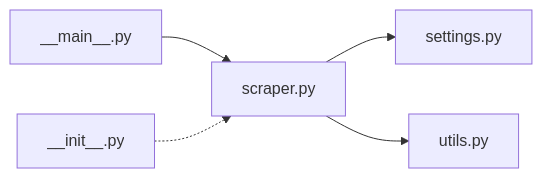
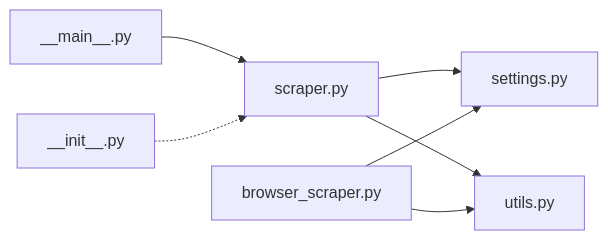
The ninth of 9 diagrams in .qoder/repowiki/en/content/Core Architecture/Scraping Engine.md (cr8ivecodesmith/pico-css-docs), drawn with Mermaid before and after one commit. The commit also changed other lines of this file and 5 other files, not shown here.

````diff
--- a/.qoder/repowiki/en/content/Core Architecture/Scraping Engine.md
+++ b/.qoder/repowiki/en/content/Core Architecture/Scraping Engine.md
@@ -393,7 +452,9 @@
 ```mermaid
 graph LR
 SCRAPER["scraper.py"] --> SETTINGS["settings.py"]
 SCRAPER --> UTILS["utils.py"]
+BROWSER_SCRAPER["browser_scraper.py"] --> SETTINGS
+BROWSER_SCRAPER --> UTILS
 MAIN["__main__.py"] --> SCRAPER
 INIT["__init__.py"] -.-> SCRAPER
 ```
````
